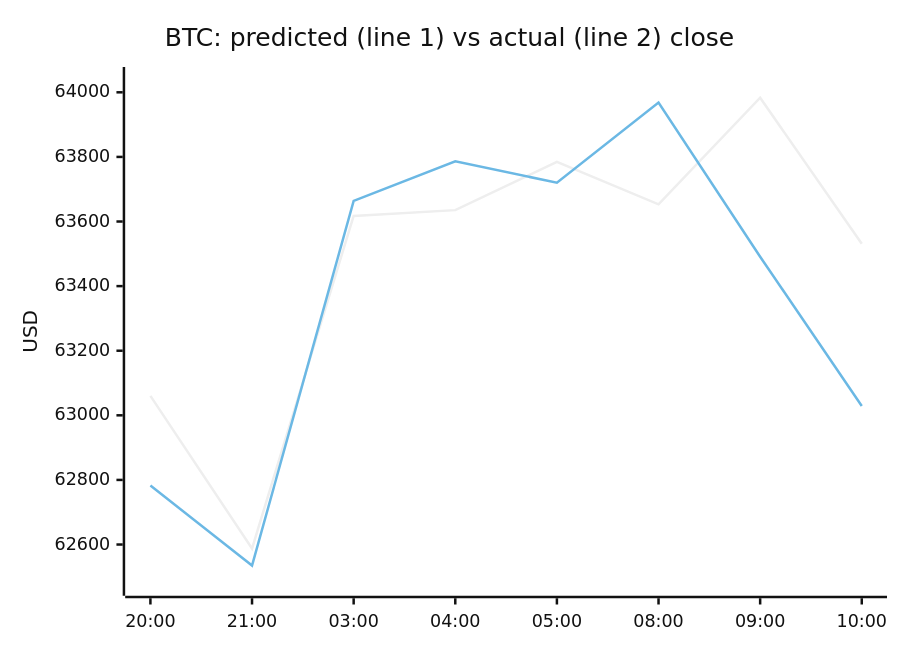
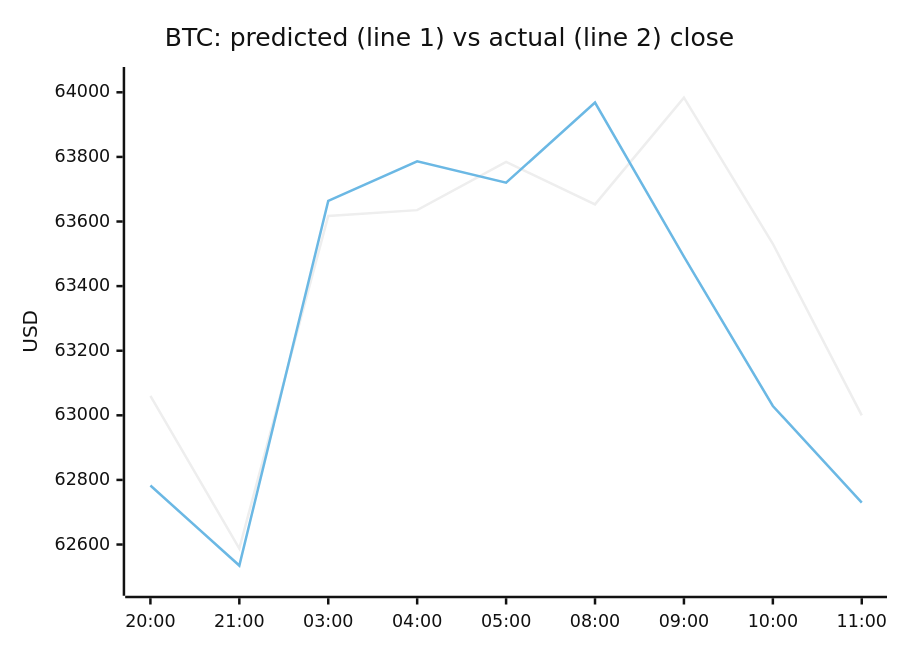
One commit to samuelkreitl-wq/crypto-hourly-forecaster changed the first of 4 diagrams in README.md. Above: the diagram before and after it, drawn with Mermaid (neutral theme). The commit also changed other lines of this file and 14 other files, not shown here.

````diff
--- a/README.md
+++ b/README.md
@@ -38,8 +38,8 @@
 ```mermaid
 xychart-beta
     title "BTC: predicted (line 1) vs actual (line 2) close"
-    x-axis ["20:00", "21:00", "03:00", "04:00", "05:00", "08:00", "09:00", "10:00"]
+    x-axis ["20:00", "21:00", "03:00", "04:00", "05:00", "08:00", "09:00", "10:00", "11:00"]
     y-axis "USD" 62472.3651 --> 64047.4023
-    line [63060.3716, 62587.6439, 63617.4254, 63635.2318, 63784.5035, 63653.0941, 63983.4189, 63531.0235]
-    line [62782.7000, 62534.9000, 63664.0000, 63786.4000, 63720.2000, 63968.3000, 63491.0000, 63028.9000]
+    line [63060.3716, 62587.6439, 63617.4254, 63635.2318, 63784.5035, 63653.0941, 63983.4189, 63531.0235, 63000.0108]
+    line [62782.7000, 62534.9000, 63664.0000, 63786.4000, 63720.2000, 63968.3000, 63491.0000, 63028.9000, 62729.5000]
 ```
````
